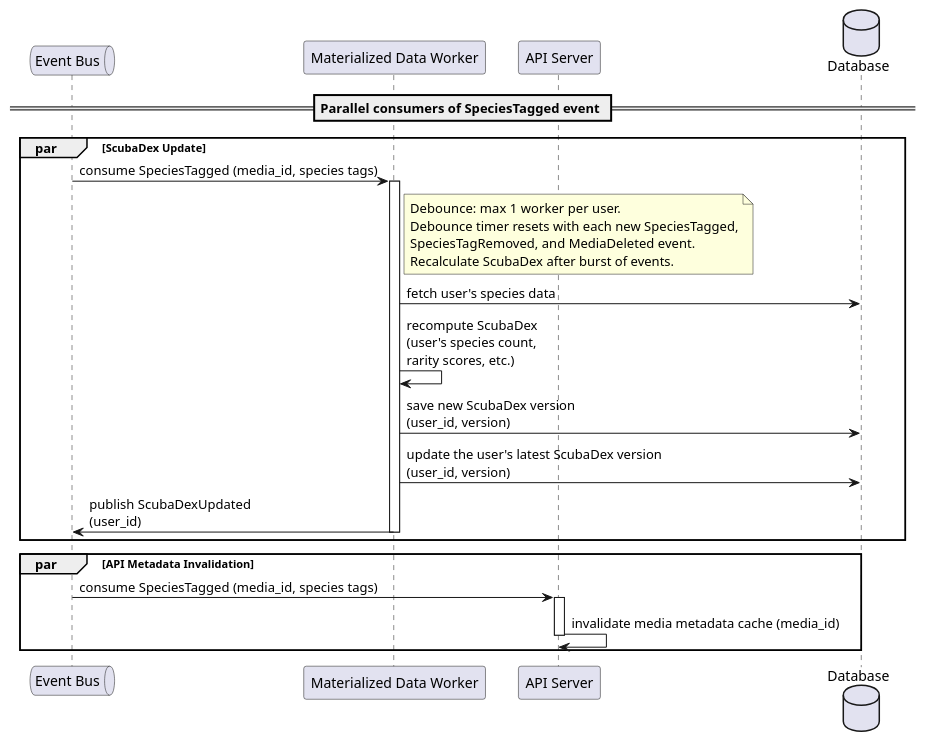
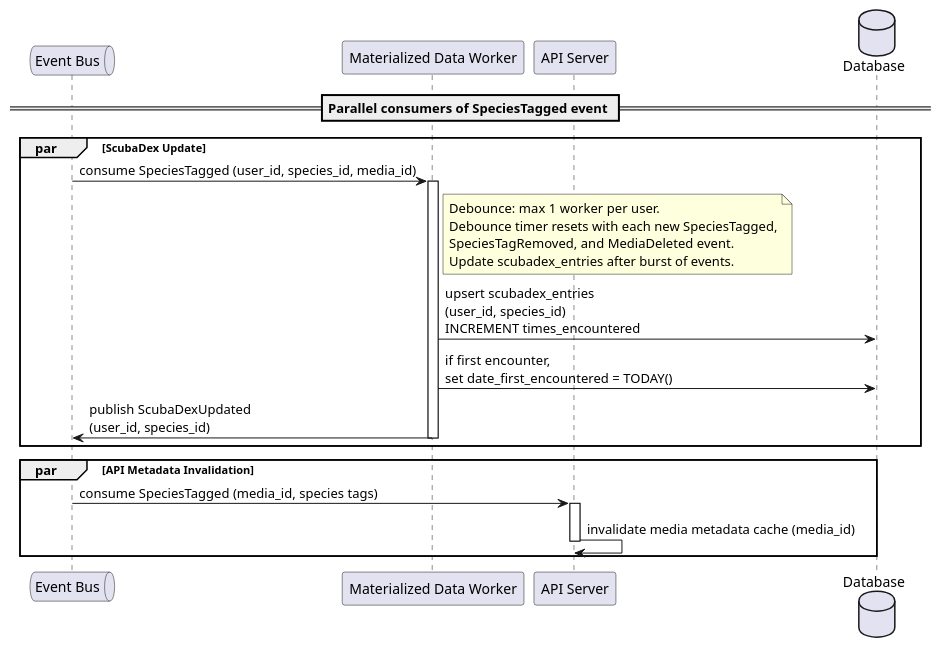
The diagram in designs/sequences/media/media_update/species_tagged_event_consumers_sequence.puml (MikeF0007/reef-connect), drawn with PlantUML before and after one commit. The commit also changed 5 other files, not shown here.

First line of the commit message:
Add db schema diagram for dive logs, media, and ScubaDex

```diff
--- a/designs/sequences/media/media_update/species_tagged_event_consumers_sequence.puml
+++ b/designs/sequences/media/media_update/species_tagged_event_consumers_sequence.puml
@@ -1,31 +1,29 @@
 @startuml SpeciesTagged Event Consumers Sequence
 queue "Event Bus" as Events
 participant "Materialized Data Worker" as MaterializedDataWorker
 participant "API Server" as API
 database "Database" as DB
 
 == Parallel consumers of SpeciesTagged event ==
 par ScubaDex Update
-    Events -> MaterializedDataWorker: consume SpeciesTagged (media_id, species tags)
+    Events -> MaterializedDataWorker: consume SpeciesTagged (user_id, species_id, media_id)
     activate MaterializedDataWorker
     note right of MaterializedDataWorker
         Debounce: max 1 worker per user.
         Debounce timer resets with each new SpeciesTagged,
         SpeciesTagRemoved, and MediaDeleted event.
-        Recalculate ScubaDex after burst of events.
+        Update scubadex_entries after burst of events.
     end note
-    MaterializedDataWorker -> DB: fetch user's species data
-    MaterializedDataWorker -> MaterializedDataWorker: recompute ScubaDex\n(user's species count,\nrarity scores, etc.)
-    MaterializedDataWorker -> DB: save new ScubaDex version\n(user_id, version)
-    MaterializedDataWorker -> DB: update the user's latest ScubaDex version\n(user_id, version)
-    MaterializedDataWorker -> Events: publish ScubaDexUpdated\n(user_id)
+    MaterializedDataWorker -> DB: upsert scubadex_entries\n(user_id, species_id)\nINCREMENT times_encountered
+    MaterializedDataWorker -> DB: if first encounter,\nset date_first_encountered = TODAY()
+    MaterializedDataWorker -> Events: publish ScubaDexUpdated\n(user_id, species_id)
     deactivate MaterializedDataWorker
 end par
 
 par API Metadata Invalidation
     Events -> API: consume SpeciesTagged (media_id, species tags)
     activate API
     API -> API: invalidate media metadata cache (media_id)
     deactivate API
 end par
 @enduml
```
